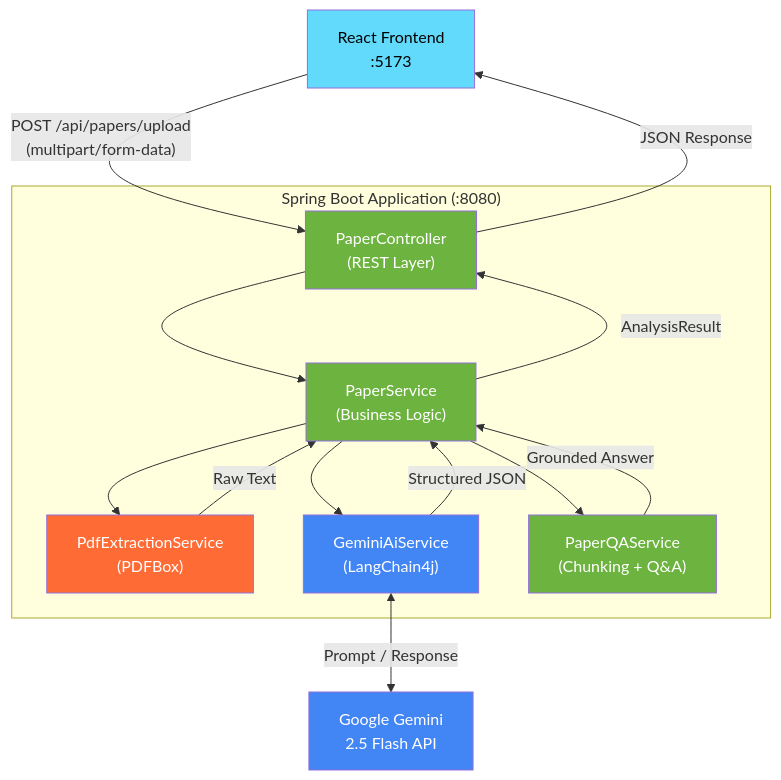
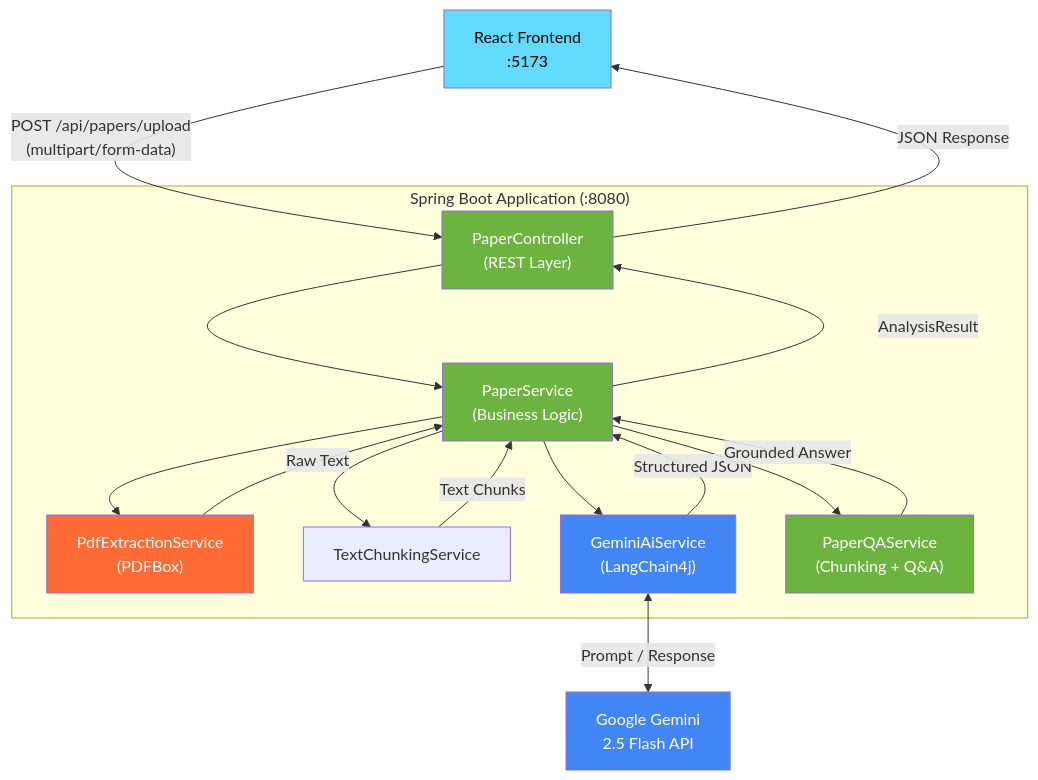
Before and after one commit to aRod209/papersage: the diagram in papersage_backend/README.md, drawn with Mermaid. The commit also changed 1 other file, not shown here.

````diff
--- a/papersage_backend/README.md
+++ b/papersage_backend/README.md
@@ -25,29 +25,31 @@
 ```mermaid
 graph TD
     Client["React Frontend<br/>:5173"] -->|"POST /api/papers/upload<br/>(multipart/form-data)"| Controller
 
     subgraph "Spring Boot Application (:8080)"
         Controller["PaperController<br/>(REST Layer)"]
         Controller --> PaperService["PaperService<br/>(Business Logic)"]
         PaperService --> PDFService["PdfExtractionService<br/>(PDFBox)"]
+        PaperService --> ChunkService["TextChunkingService"]
         PaperService --> AIService["GeminiAiService<br/>(LangChain4j)"]
         PaperService --> QAService["PaperQAService<br/>(Chunking + Q&A)"]
     end
 
     PDFService -->|"Raw Text"| PaperService
+    ChunkService -->|"Text Chunks"| PaperService
     AIService -->|"Structured JSON"| PaperService
     QAService -->|"Grounded Answer"| PaperService
 
     AIService <-->|"Prompt / Response"| Gemini["Google Gemini<br/>2.5 Flash API"]
 
     PaperService -->|"AnalysisResult"| Controller
     Controller -->|"JSON Response"| Client
 
     style Client fill:#61DAFB,color:#000
     style Gemini fill:#4285F4,color:#fff
     style Controller fill:#6DB33F,color:#fff
     style PaperService fill:#6DB33F,color:#fff
     style PDFService fill:#ff6b35,color:#fff
     style AIService fill:#4285F4,color:#fff
     style QAService fill:#6DB33F,color:#fff
 ```
````
